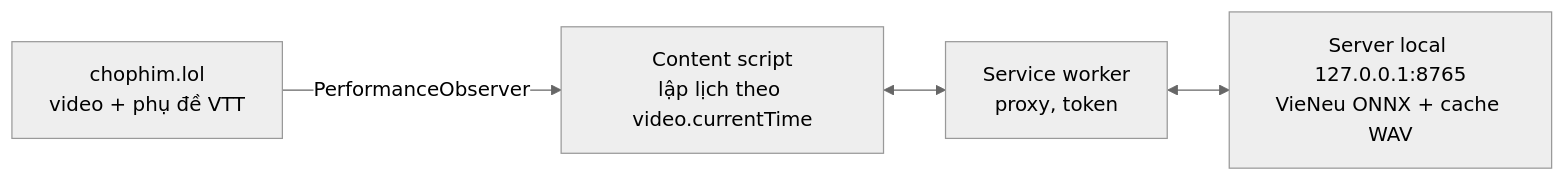
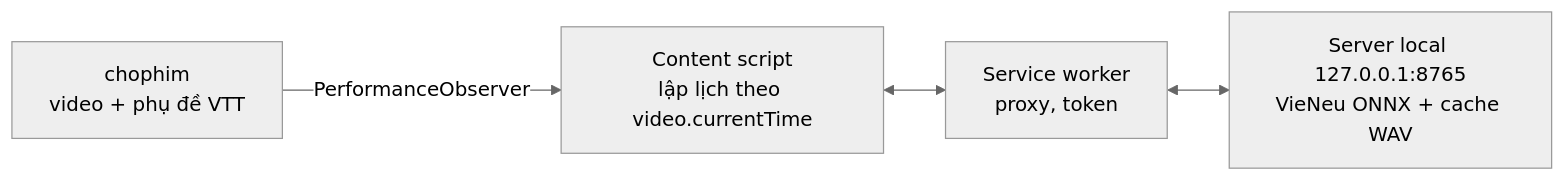
One commit to mastertoan/voxsync changed the diagram in README.md. Above: the diagram before and after it, drawn with Mermaid (neutral theme). The commit also changed other lines of this file and 11 other files, not shown here.

First line of the commit message:
feat(extension): work on any chophim domain (chophim.lol → chophim.xyz)

````diff
--- a/README.md
+++ b/README.md
@@ -5,6 +5,6 @@
 ```mermaid
 flowchart LR
-  P[chophim.lol<br/>video + phụ đề VTT] -- PerformanceObserver --> CS[Content script<br/>lập lịch theo video.currentTime]
+  P[chophim<br/>video + phụ đề VTT] -- PerformanceObserver --> CS[Content script<br/>lập lịch theo video.currentTime]
   CS <--> SW[Service worker<br/>proxy, token]
   SW <--> S[Server local 127.0.0.1:8765<br/>VieNeu ONNX + cache WAV]
 ```
````
